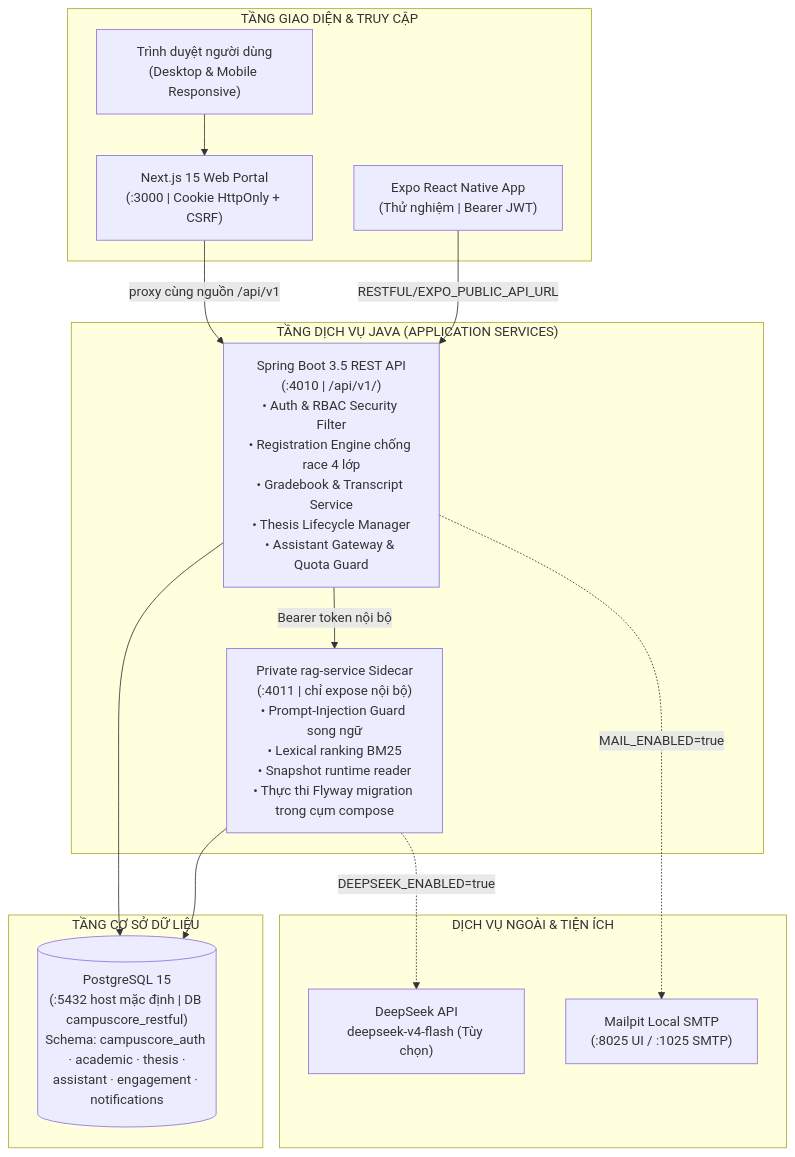
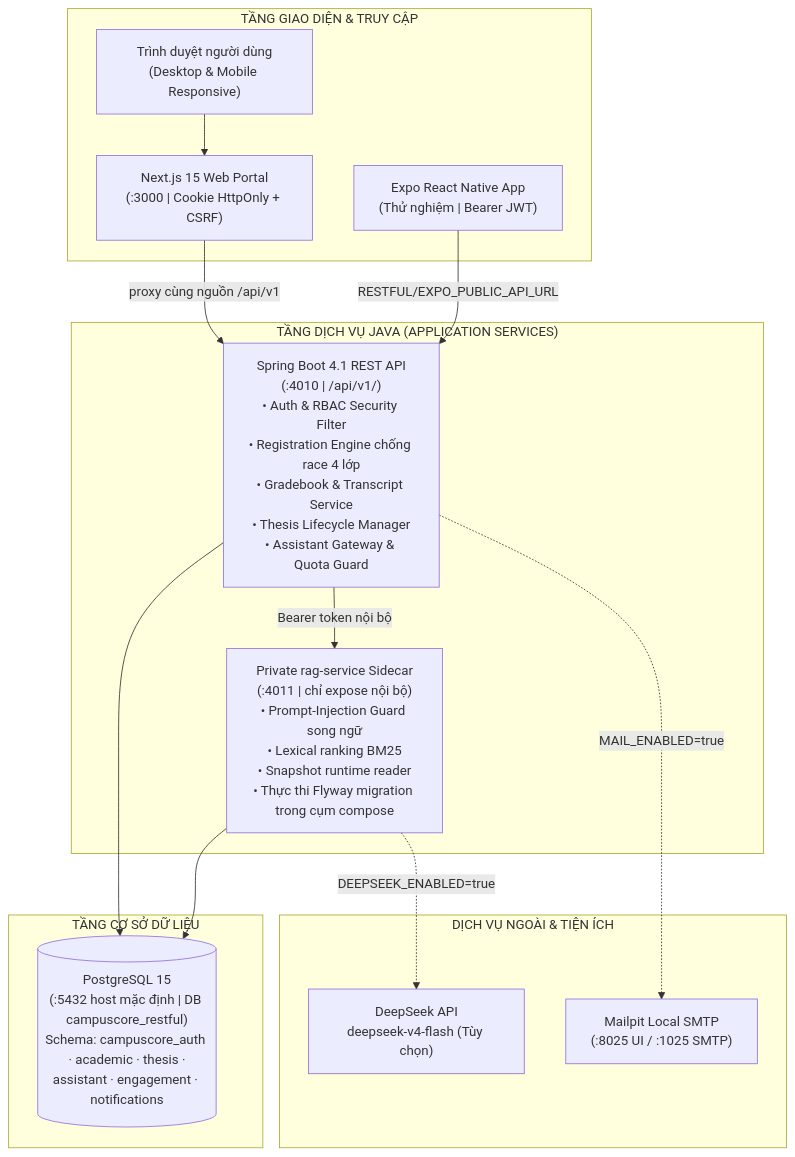
One commit to JasonTM17/CampusCore_Ecosystem changed the first of 6 diagrams in README.vi.md. Above: the diagram before and after it, drawn with Mermaid. The commit also changed other lines of this file and 5 other files, not shown here.

First line of the commit message:
docs: align stack versions, mobile app and 2FA flow with the code

````diff
--- a/README.vi.md
+++ b/README.vi.md
@@ -246,32 +248,32 @@
 ```mermaid
 flowchart TD
     subgraph CLIENTS["TẦNG GIAO DIỆN & TRUY CẬP"]
         Browser["Trình duyệt người dùng\n(Desktop & Mobile Responsive)"]
         Web["Next.js 15 Web Portal\n(:3000 | Cookie HttpOnly + CSRF)"]
         Mobile["Expo React Native App\n(Thử nghiệm | Bearer JWT)"]
     end
 
     subgraph BACKEND["TẦNG DỊCH VỤ JAVA (APPLICATION SERVICES)"]
-        REST["Spring Boot 3.5 REST API\n(:4010 | /api/v1/)\n• Auth & RBAC Security Filter\n• Registration Engine chống race 4 lớp\n• Gradebook & Transcript Service\n• Thesis Lifecycle Manager\n• Assistant Gateway & Quota Guard"]
+        REST["Spring Boot 4.1 REST API\n(:4010 | /api/v1/)\n• Auth & RBAC Security Filter\n• Registration Engine chống race 4 lớp\n• Gradebook & Transcript Service\n• Thesis Lifecycle Manager\n• Assistant Gateway & Quota Guard"]
         RAG["Private rag-service Sidecar\n(:4011 | chỉ expose nội bộ)\n• Prompt-Injection Guard song ngữ\n• Lexical ranking BM25\n• Snapshot runtime reader\n• Thực thi Flyway migration trong cụm compose"]
     end
 
     subgraph DATA["TẦNG CƠ SỞ DỮ LIỆU"]
         PG[("PostgreSQL 15\n(:5432 host mặc định | DB campuscore_restful)\nSchema: campuscore_auth · academic · thesis ·\nassistant · engagement · notifications")]
     end
 
     subgraph EXTERNAL["DỊCH VỤ NGOÀI & TIỆN ÍCH"]
         Mailpit["Mailpit Local SMTP\n(:8025 UI / :1025 SMTP)"]
         DeepSeek["DeepSeek API\ndeepseek-v4-flash (Tùy chọn)"]
     end
 
     Browser --> Web
     Web -->|"proxy cùng nguồn /api/v1"| REST
     Mobile -->|"RESTFUL/EXPO_PUBLIC_API_URL"| REST
 
     REST --> PG
     REST -->|"Bearer token nội bộ"| RAG
     RAG --> PG
     RAG -.->|"DEEPSEEK_ENABLED=true"| DeepSeek
     REST -.->|"MAIL_ENABLED=true"| Mailpit
 ```
````
